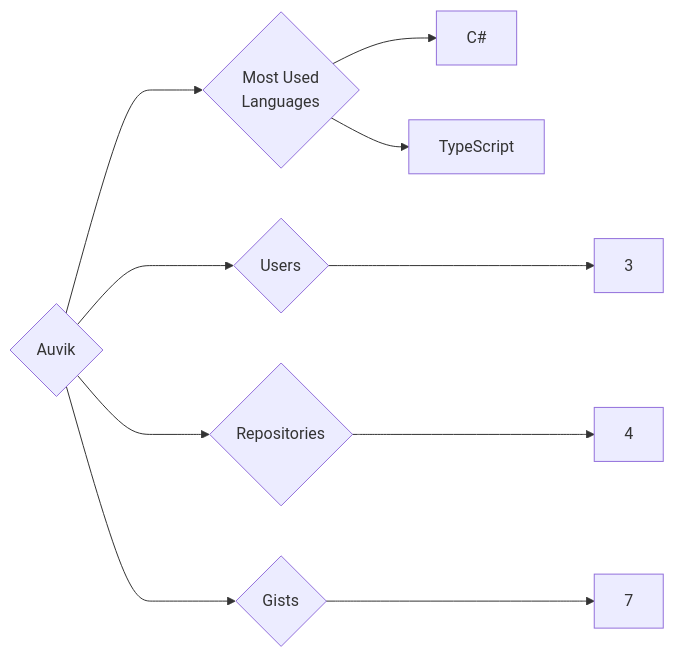
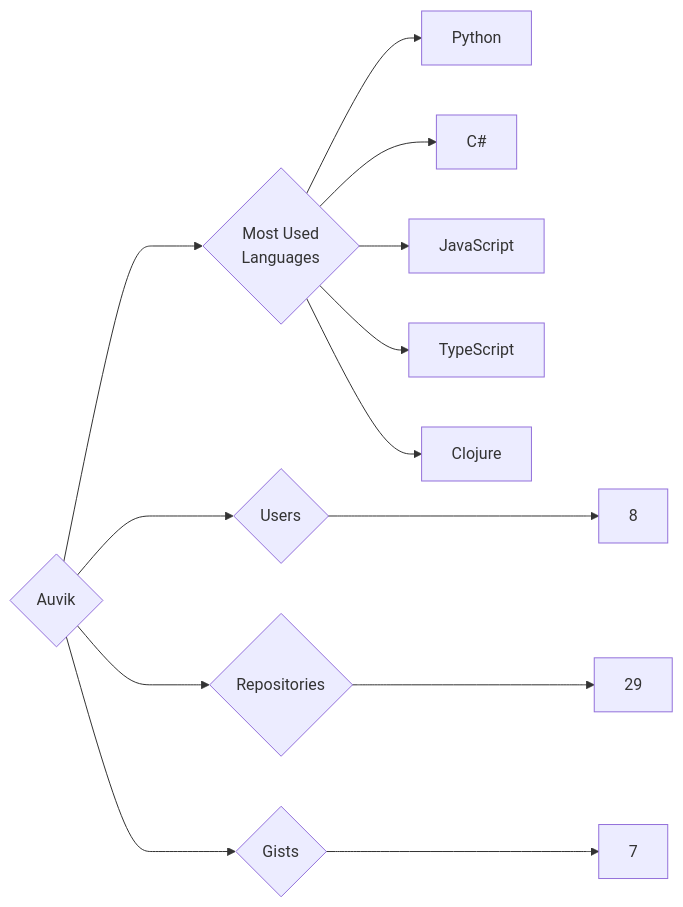
The diagram in targets/Auvik/README.md (trickest/insiders), drawn with Mermaid before and after one commit. The commit also changed 1078 other files, not shown here.

````diff
--- a/targets/Auvik/README.md
+++ b/targets/Auvik/README.md
@@ -3,10 +3,13 @@
 ```mermaid
 graph LR
 COMPANY_NAME{Auvik}
-COMPANY_NAME ---> U{Users} ---> UN[3]
-COMPANY_NAME ---> R{Repositories} ---> RN[4]
+COMPANY_NAME ---> U{Users} ---> UN[8]
+COMPANY_NAME ---> R{Repositories} ---> RN[29]
 COMPANY_NAME ---> G{Gists} ---> GN[7]
 COMPANY_NAME ---> ML{Most Used<br>Languages}
+ML --> Python[Python]
 ML --> C#[C#]
+ML --> JavaScript[JavaScript]
 ML --> TypeScript[TypeScript]
+ML --> Clojure[Clojure]
 ```
````
